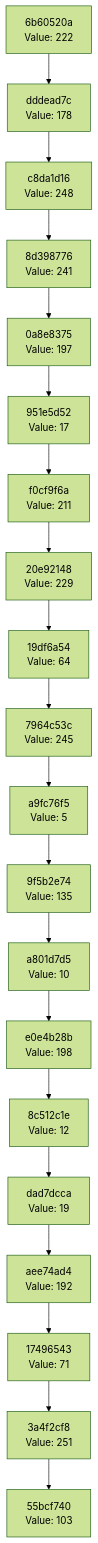
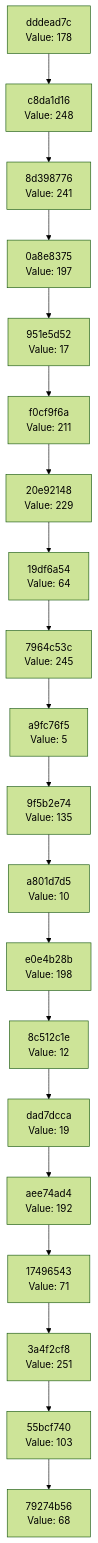
The diagram in docs/CHAIN_VISUALIZATION.md (Abhisheksinha1506/hash-chain-evolver), drawn with Mermaid (forest theme) before and after one commit. The commit also changed 3 other files, not shown here.

````diff
--- a/docs/CHAIN_VISUALIZATION.md
+++ b/docs/CHAIN_VISUALIZATION.md
@@ -3,42 +3,42 @@
 ```mermaid
 graph TD
-    C0["55bcf740<br/>Value: 103"]
-    C1["3a4f2cf8<br/>Value: 251"]
+    C0["79274b56<br/>Value: 68"]
+    C1["55bcf740<br/>Value: 103"]
     C1 --> C0
-    C2["17496543<br/>Value: 71"]
+    C2["3a4f2cf8<br/>Value: 251"]
     C2 --> C1
-    C3["aee74ad4<br/>Value: 192"]
+    C3["17496543<br/>Value: 71"]
     C3 --> C2
-    C4["dad7dcca<br/>Value: 19"]
+    C4["aee74ad4<br/>Value: 192"]
     C4 --> C3
-    C5["8c512c1e<br/>Value: 12"]
+    C5["dad7dcca<br/>Value: 19"]
     C5 --> C4
-    C6["e0e4b28b<br/>Value: 198"]
+    C6["8c512c1e<br/>Value: 12"]
     C6 --> C5
-    C7["a801d7d5<br/>Value: 10"]
+    C7["e0e4b28b<br/>Value: 198"]
     C7 --> C6
-    C8["9f5b2e74<br/>Value: 135"]
+    C8["a801d7d5<br/>Value: 10"]
     C8 --> C7
-    C9["a9fc76f5<br/>Value: 5"]
+    C9["9f5b2e74<br/>Value: 135"]
     C9 --> C8
-    C10["7964c53c<br/>Value: 245"]
+    C10["a9fc76f5<br/>Value: 5"]
     C10 --> C9
-    C11["19df6a54<br/>Value: 64"]
+    C11["7964c53c<br/>Value: 245"]
     C11 --> C10
-    C12["20e92148<br/>Value: 229"]
+    C12["19df6a54<br/>Value: 64"]
     C12 --> C11
-    C13["f0cf9f6a<br/>Value: 211"]
+    C13["20e92148<br/>Value: 229"]
     C13 --> C12
-    C14["951e5d52<br/>Value: 17"]
+    C14["f0cf9f6a<br/>Value: 211"]
     C14 --> C13
-    C15["0a8e8375<br/>Value: 197"]
+    C15["951e5d52<br/>Value: 17"]
     C15 --> C14
-    C16["8d398776<br/>Value: 241"]
+    C16["0a8e8375<br/>Value: 197"]
     C16 --> C15
-    C17["c8da1d16<br/>Value: 248"]
+    C17["8d398776<br/>Value: 241"]
     C17 --> C16
-    C18["dddead7c<br/>Value: 178"]
+    C18["c8da1d16<br/>Value: 248"]
     C18 --> C17
-    C19["6b60520a<br/>Value: 222"]
+    C19["dddead7c<br/>Value: 178"]
     C19 --> C18
 ```
````
